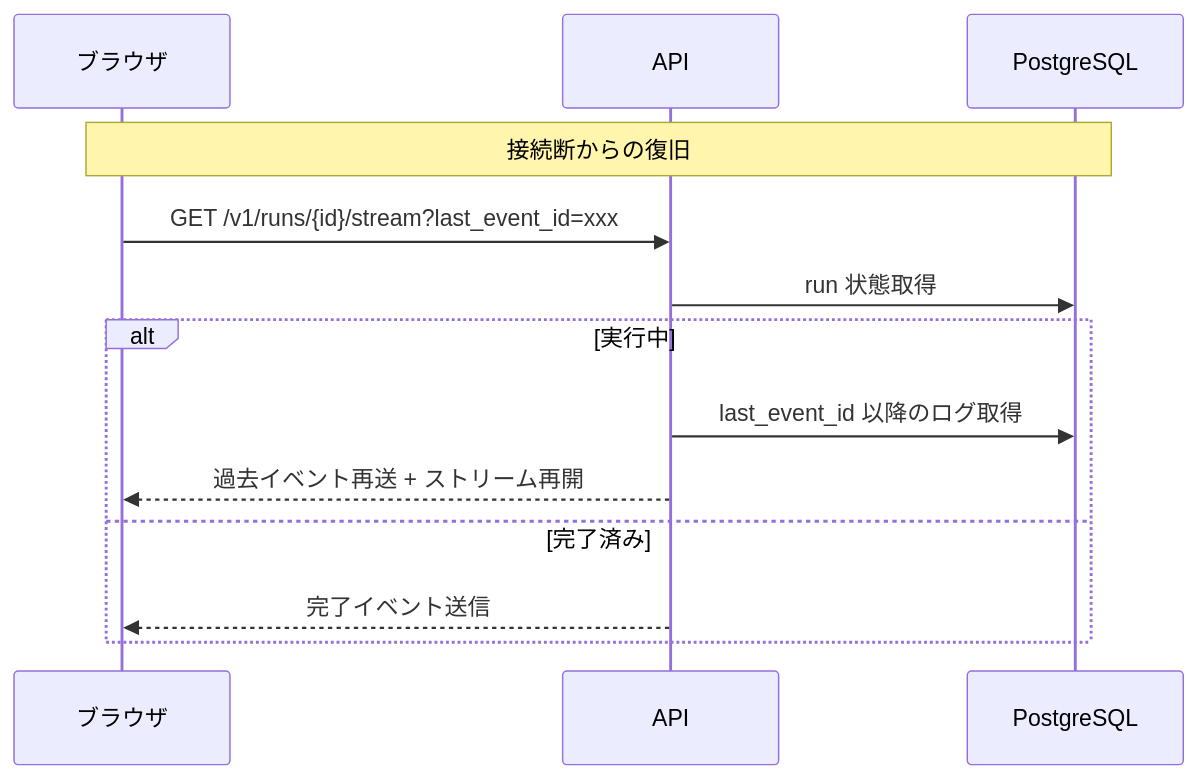
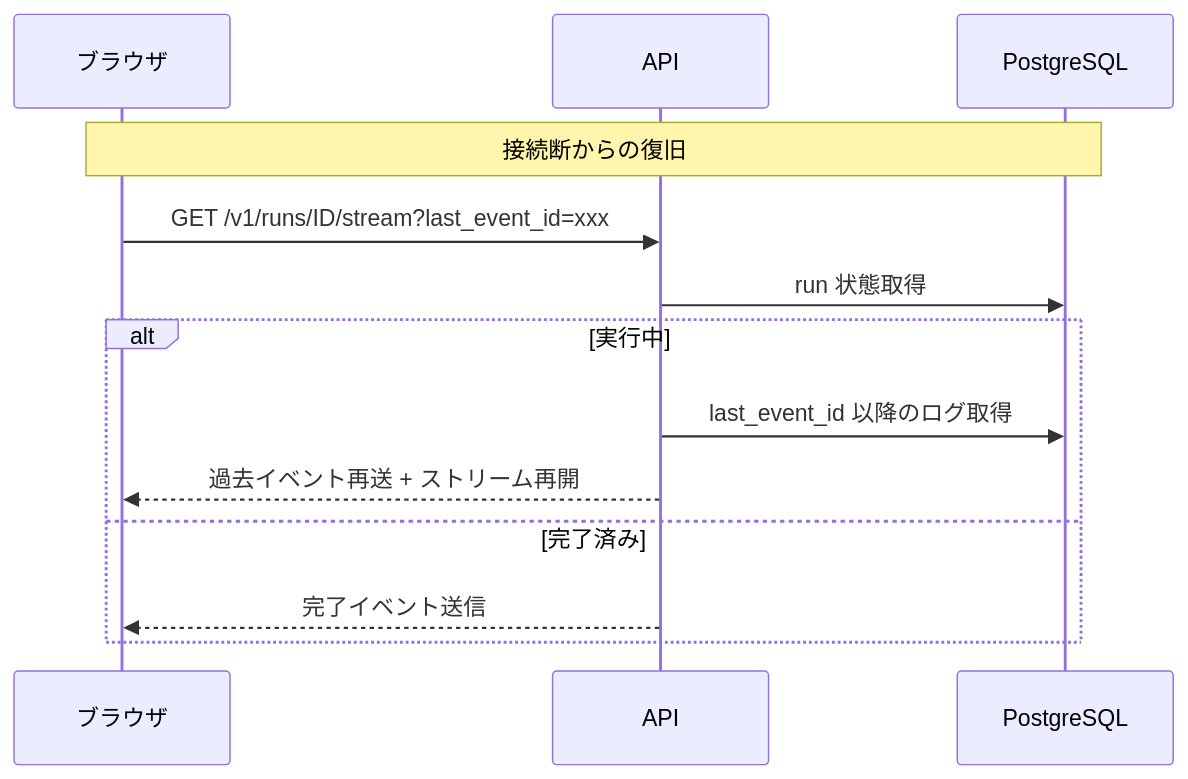
One commit to hampen2929/zloth changed the seventh of 16 diagrams in docs/azure_host_design.md. Above: the diagram before and after it, drawn with Mermaid. The commit also changed other lines of this file, not shown here.

````diff
--- a/docs/azure_host_design.md
+++ b/docs/azure_host_design.md
@@ -475,18 +475,18 @@
 ```mermaid
 sequenceDiagram
     participant Browser as ブラウザ
     participant API as API
     participant DB as PostgreSQL
 
     Note over Browser,DB: 接続断からの復旧
 
-    Browser->>API: GET /v1/runs/{id}/stream?last_event_id=xxx
+    Browser->>API: GET /v1/runs/ID/stream?last_event_id=xxx
     API->>DB: run 状態取得
 
     alt 実行中
         API->>DB: last_event_id 以降のログ取得
         API-->>Browser: 過去イベント再送 + ストリーム再開
     else 完了済み
         API-->>Browser: 完了イベント送信
     end
 ```
````
